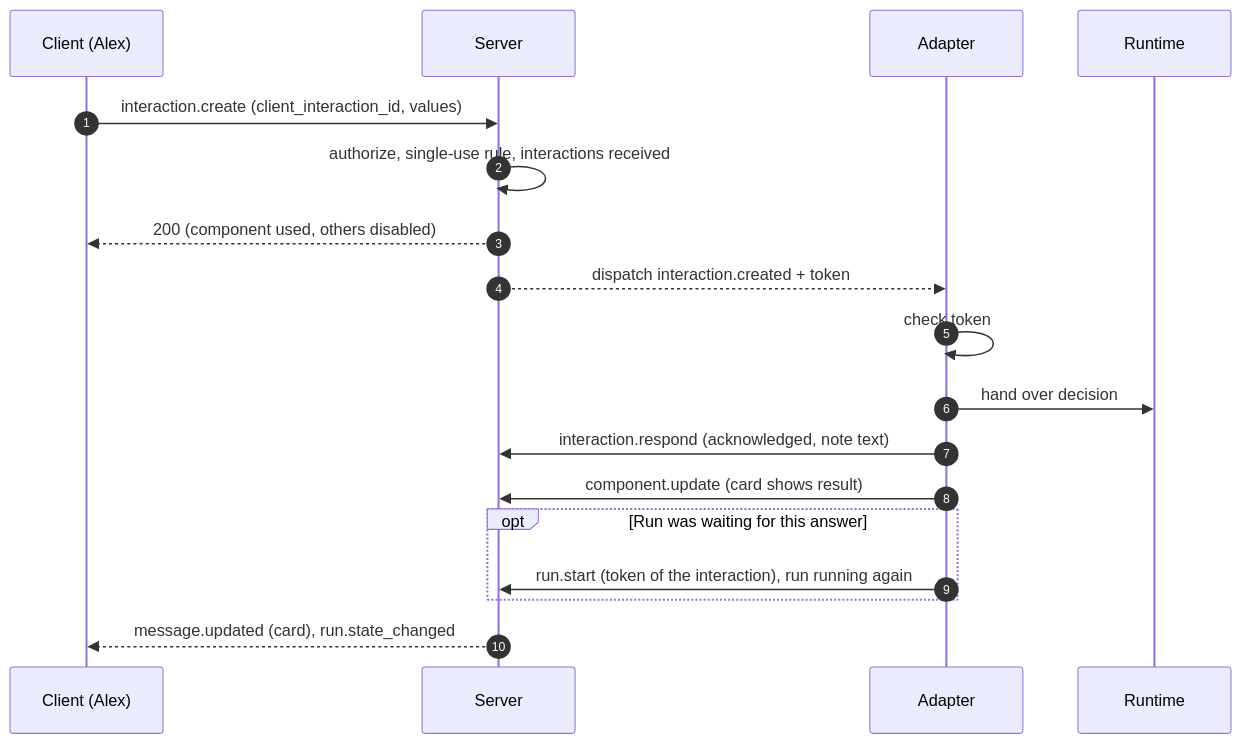
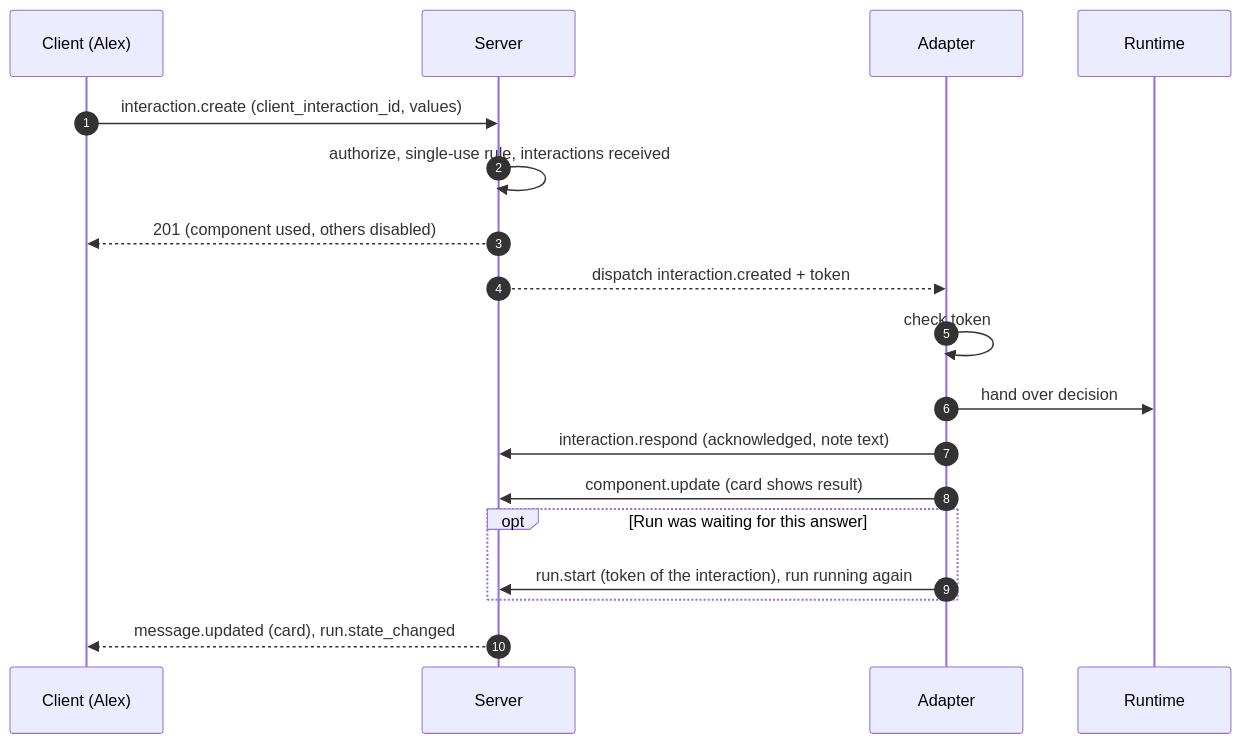
One commit to mguttmann/bothy changed the fifth of 7 diagrams in docs/spec/09-agents.md. Above: the diagram before and after it, drawn with Mermaid. The commit also changed other lines of this file and 183 other files, not shown here.

````diff
--- a/docs/spec/09-agents.md
+++ b/docs/spec/09-agents.md
@@ -1383,20 +1515,20 @@
 ```mermaid
 sequenceDiagram
     autonumber
     participant C as Client (Alex)
     participant S as Server
     participant A as Adapter
     participant L as Runtime
     C->>S: interaction.create (client_interaction_id, values)
     S->>S: authorize, single-use rule, interactions received
-    S-->>C: 200 (component used, others disabled)
+    S-->>C: 201 (component used, others disabled)
     S-->>A: dispatch interaction.created + token
     A->>A: check token
     A->>L: hand over decision
     A->>S: interaction.respond (acknowledged, note text)
     A->>S: component.update (card shows result)
     opt Run was waiting for this answer
         A->>S: run.start (token of the interaction), run running again
     end
     S-->>C: message.updated (card), run.state_changed
 ```
````
